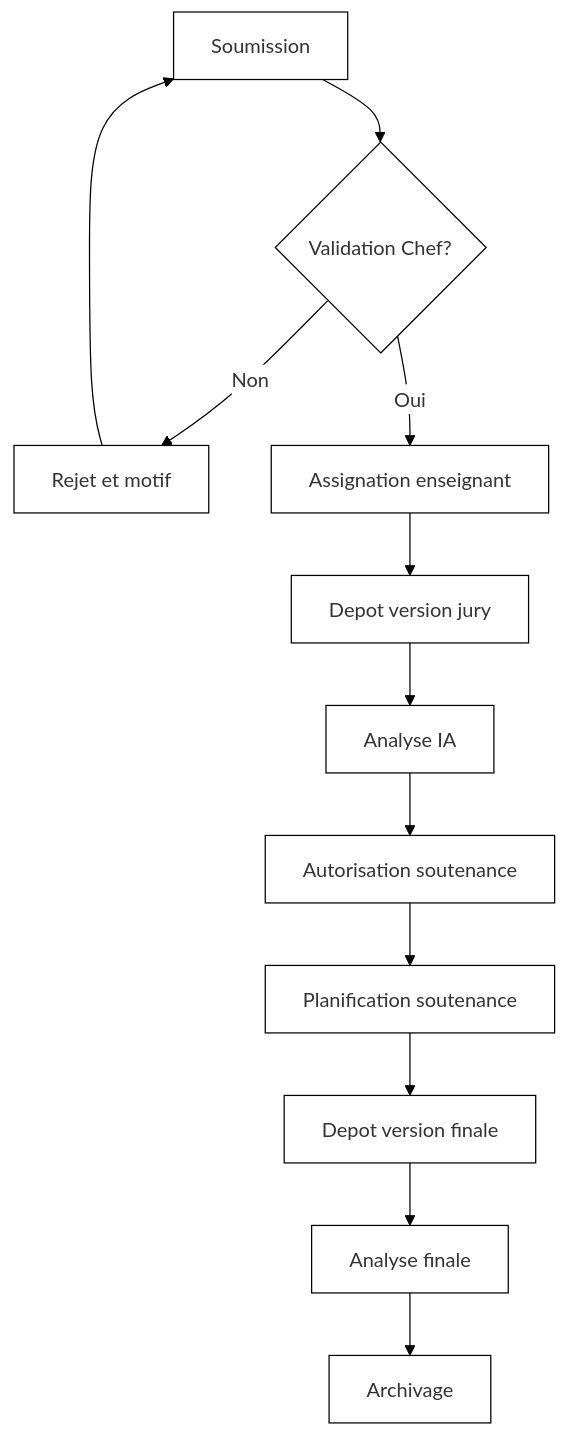
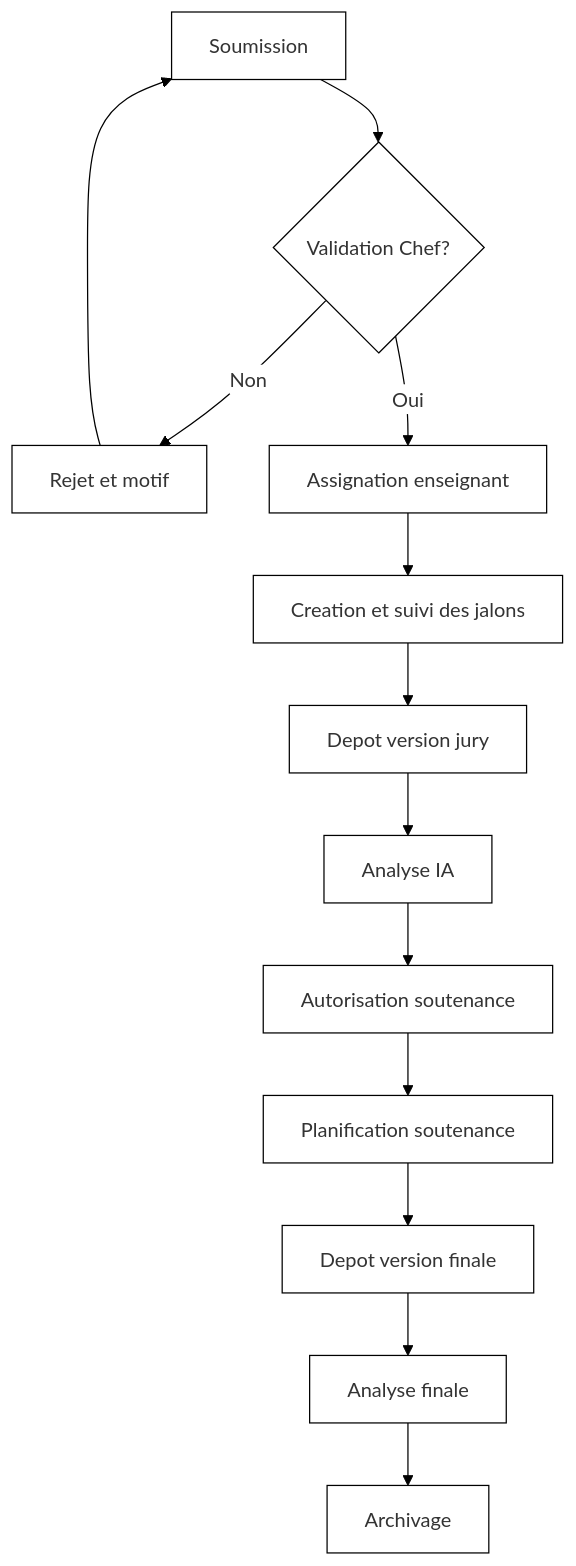
Diagram 12 of 13 in DIAGRAMMES-PAR-FIGURE-NB.md (DavidMwangaza/TFC-Manager), drawn with Mermaid before and after one commit. The commit also changed other lines of this file and 42 other files, not shown here.

````diff
--- a/DIAGRAMMES-PAR-FIGURE-NB.md
+++ b/DIAGRAMMES-PAR-FIGURE-NB.md
@@ -192,15 +200,16 @@
 ```mermaid
 %%{init: {'theme':'base','themeVariables': {'background':'#ffffff','primaryColor':'#ffffff','primaryBorderColor':'#000000','lineColor':'#000000','textColor':'#000000'}}}%%
 graph TD
     A[Soumission] --> B{Validation Chef?}
     B -->|Non| C[Rejet et motif]
     C --> A
     B -->|Oui| D[Assignation enseignant]
-    D --> E[Depot version jury]
+    D --> D2[Creation et suivi des jalons]
+    D2 --> E[Depot version jury]
     E --> F[Analyse IA]
     F --> G[Autorisation soutenance]
     G --> H[Planification soutenance]
     H --> I[Depot version finale]
     I --> J[Analyse finale]
     J --> K[Archivage]
 ```
````
